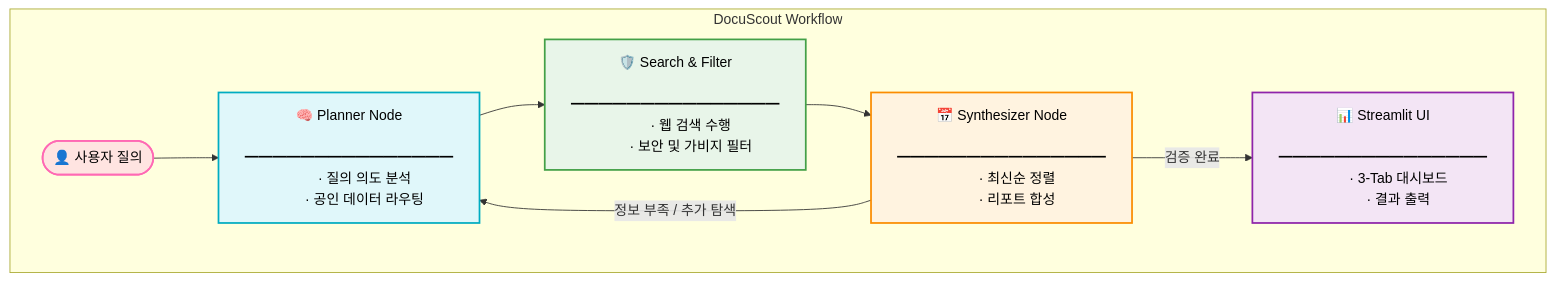
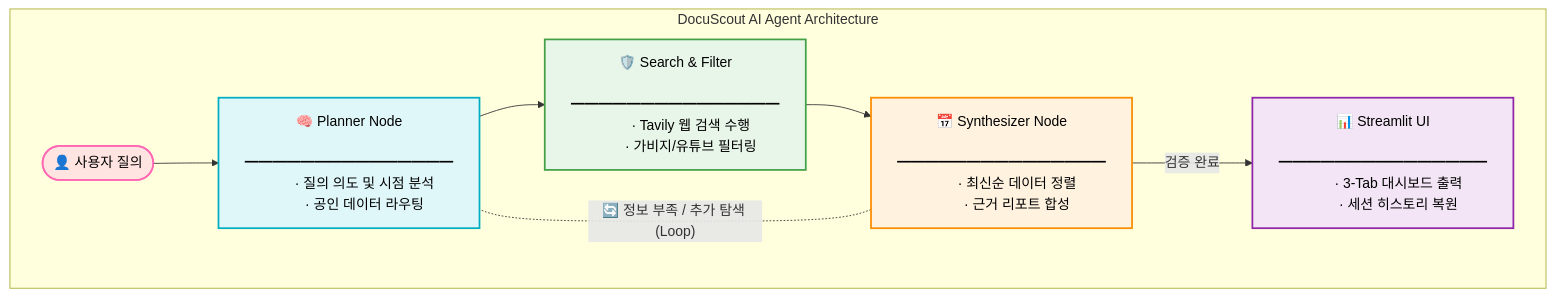
The diagram in README.md (sbg990530/Document-Agent), drawn with Mermaid before and after one commit.

````diff
--- a/README.md
+++ b/README.md
@@ -19,41 +19,44 @@
 ```mermaid
 graph LR
     classDef userStyle fill:#FFE4E1,stroke:#FF69B4,stroke-width:2px,color:#000;
     classDef plannerStyle fill:#E0F7FA,stroke:#00ACC1,stroke-width:2px,color:#000;
     classDef filterStyle fill:#E8F5E9,stroke:#43A047,stroke-width:2px,color:#000;
     classDef synthStyle fill:#FFF3E0,stroke:#FB8C00,stroke-width:2px,color:#000;
     classDef uiStyle fill:#F3E5F5,stroke:#8E24AA,stroke-width:2px,color:#000;
 
-    subgraph DocuScout Workflow
+    subgraph DocuScout ["DocuScout AI Agent Architecture"]
         direction LR
+        
         A([👤 사용자 질의]):::userStyle 
         
         B["🧠 Planner Node
         ━━━━━━━━━━━━━━━
-        · 질의 의도 분석
+        · 질의 의도 및 시점 분석
         · 공인 데이터 라우팅"]:::plannerStyle
         
         C["🛡️ Search & Filter
         ━━━━━━━━━━━━━━━
-        · 웹 검색 수행
-        · 보안 및 가비지 필터"]:::filterStyle
+        · Tavily 웹 검색 수행
+        · 가비지/유튜브 필터링"]:::filterStyle
         
         D["📅 Synthesizer Node
         ━━━━━━━━━━━━━━━
-        · 최신순 정렬
-        · 리포트 합성"]:::synthStyle
+        · 최신순 데이터 정렬
+        · 근거 리포트 합성"]:::synthStyle
         
         E["📊 Streamlit UI
         ━━━━━━━━━━━━━━━
-        · 3-Tab 대시보드
-        · 결과 출력"]:::uiStyle
+        · 3-Tab 대시보드 출력
+        · 세션 히스토리 복원"]:::uiStyle
+
+        A --> B
+        B --> C
+        C --> D
+        
+        %% 정방향 검증 완료 흐름
+        D -- "검증 완료" --> E
+        
+        %% 피드백 루프 (아래쪽으로 정돈된 흐름)
+        D -. "🔄 정보 부족 / 추가 탐색 (Loop)" .- B
     end
-
-    A --> B
-    B --> C
-    C --> D
-    
-    %% 루프 및 분기 구조
-    D -- "정보 부족 / 추가 탐색" --> B
-    D -- "검증 완료" --> E
 ```
````
